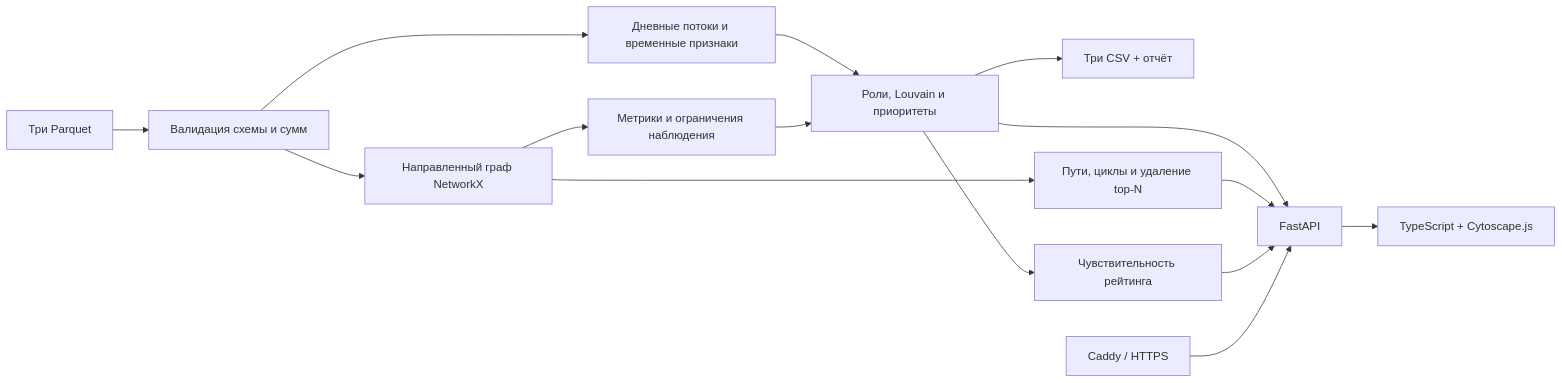
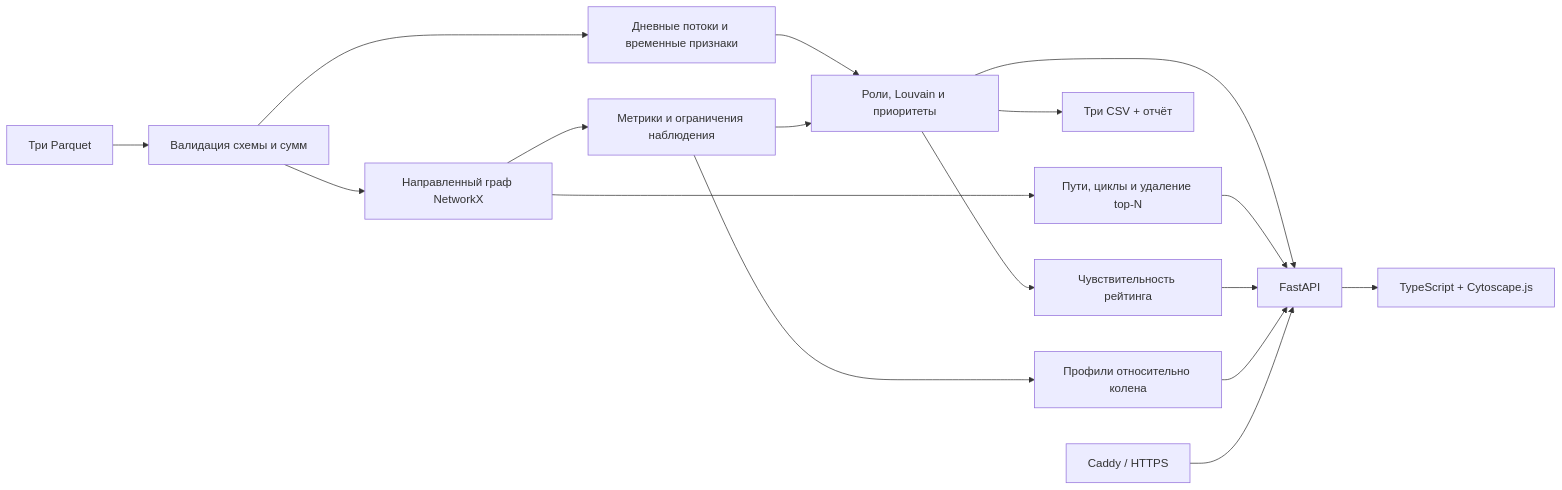
Before and after one commit to BAITC-Hacks/hack-5a6e2058-embeddedai: the diagram in README.md, drawn with Mermaid. The commit also changed other lines of this file and 33 other files, not shown here.

````diff
--- a/README.md
+++ b/README.md
@@ -151,17 +172,19 @@
 ```mermaid
 flowchart LR
     P[Три Parquet] --> V[Валидация схемы и сумм]
     V --> G[Направленный граф NetworkX]
     V --> T[Дневные потоки и временные признаки]
     G --> M[Метрики и ограничения наблюдения]
     T --> R
     M --> R[Роли, Louvain и приоритеты]
+    M --> F[Профили относительно колена]
     R --> C[Три CSV + отчёт]
     R --> S[Чувствительность рейтинга]
     G --> E[Пути, циклы и удаление top-N]
     R --> A[FastAPI]
     E --> A
     S --> A
+    F --> A
     A --> U[TypeScript + Cytoscape.js]
     X[Caddy / HTTPS] --> A
 ```
````
